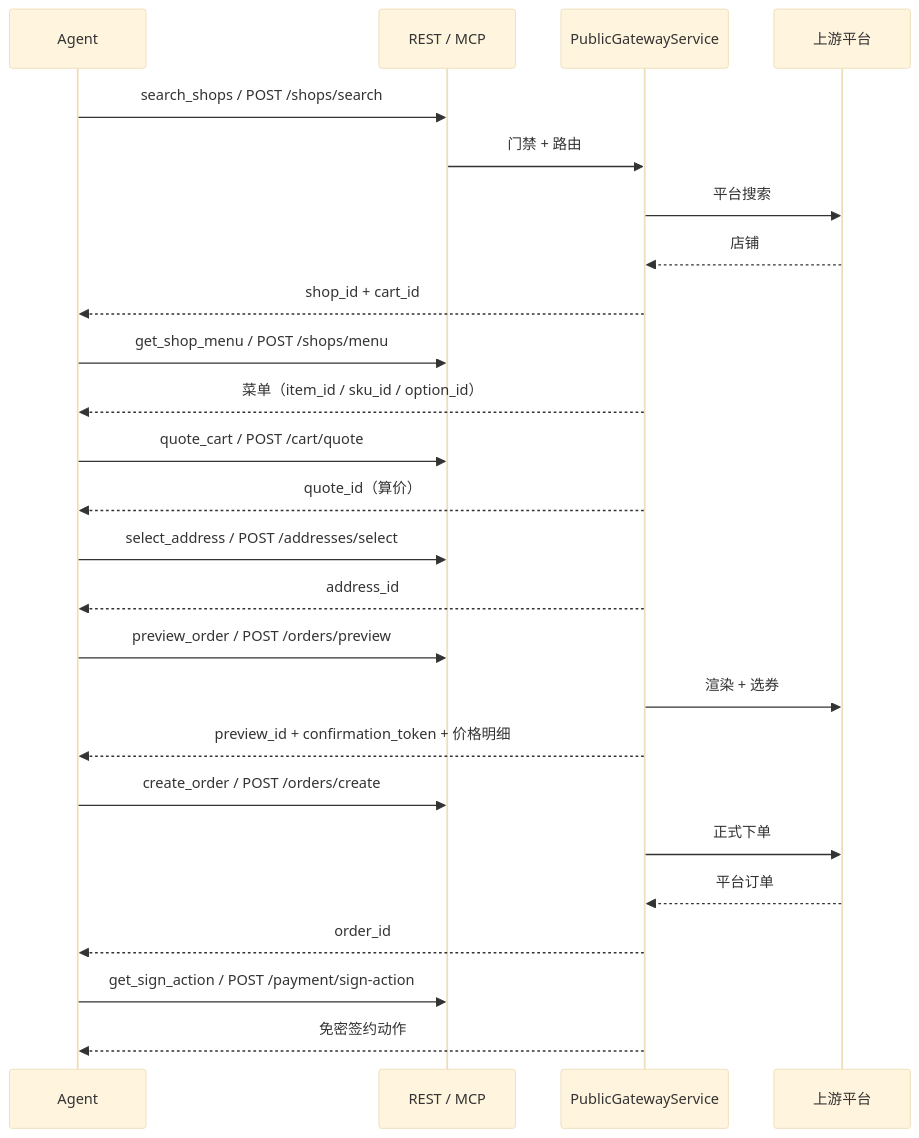
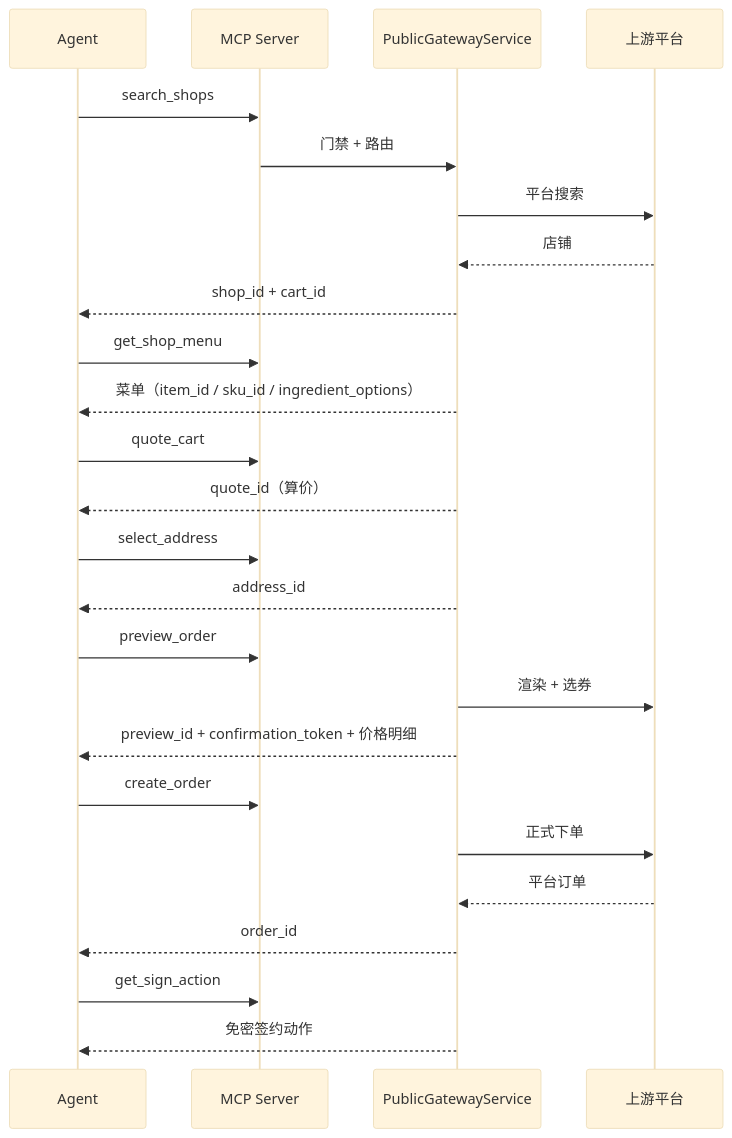
One commit to clawdot/docs changed the third of 3 diagrams in gateway/architecture.mdx. Above: the diagram before and after it, drawn with Mermaid (base theme). The commit also changed other lines of this file and 67 other files, not shown here.

First line of the commit message:
docs: 正文改写为 MCP-first + 补 MCP 时序图（Phase 2）

````diff
--- a/gateway/architecture.mdx
+++ b/gateway/architecture.mdx
@@ -131,34 +116,34 @@
 ```mermaid
 sequenceDiagram
   participant Agent
-  participant GW as REST / MCP
+  participant GW as MCP Server
   participant Svc as PublicGatewayService
   participant Up as 上游平台
 
-  Agent->>GW: search_shops / POST /shops/search
+  Agent->>GW: search_shops
   GW->>Svc: 门禁 + 路由
   Svc->>Up: 平台搜索
   Up-->>Svc: 店铺
   Svc-->>Agent: shop_id + cart_id
 
-  Agent->>GW: get_shop_menu / POST /shops/menu
-  Svc-->>Agent: 菜单（item_id / sku_id / option_id）
+  Agent->>GW: get_shop_menu
+  Svc-->>Agent: 菜单（item_id / sku_id / ingredient_options）
 
-  Agent->>GW: quote_cart / POST /cart/quote
+  Agent->>GW: quote_cart
   Svc-->>Agent: quote_id（算价）
 
-  Agent->>GW: select_address / POST /addresses/select
+  Agent->>GW: select_address
   Svc-->>Agent: address_id
 
-  Agent->>GW: preview_order / POST /orders/preview
+  Agent->>GW: preview_order
   Svc->>Up: 渲染 + 选券
   Svc-->>Agent: preview_id + confirmation_token + 价格明细
 
-  Agent->>GW: create_order / POST /orders/create
+  Agent->>GW: create_order
   Svc->>Up: 正式下单
   Up-->>Svc: 平台订单
   Svc-->>Agent: order_id
 
-  Agent->>GW: get_sign_action / POST /payment/sign-action
+  Agent->>GW: get_sign_action
   Svc-->>Agent: 免密签约动作
 ```
````
